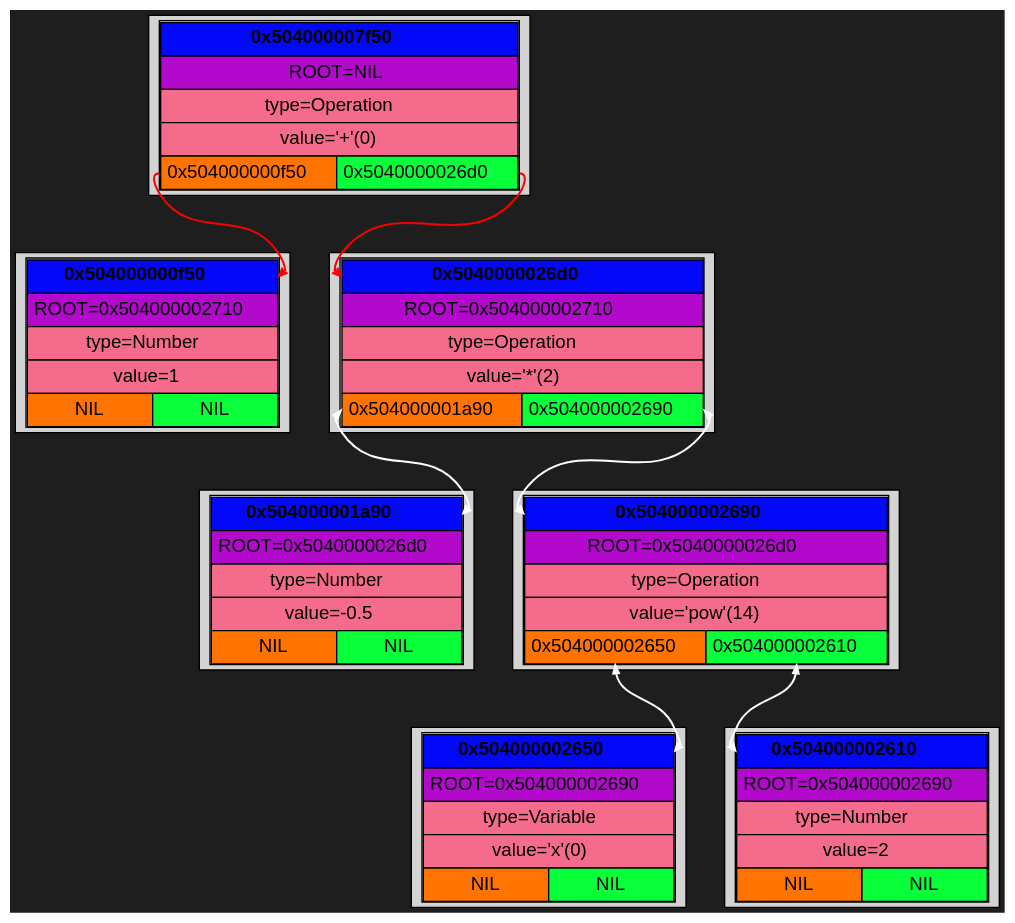
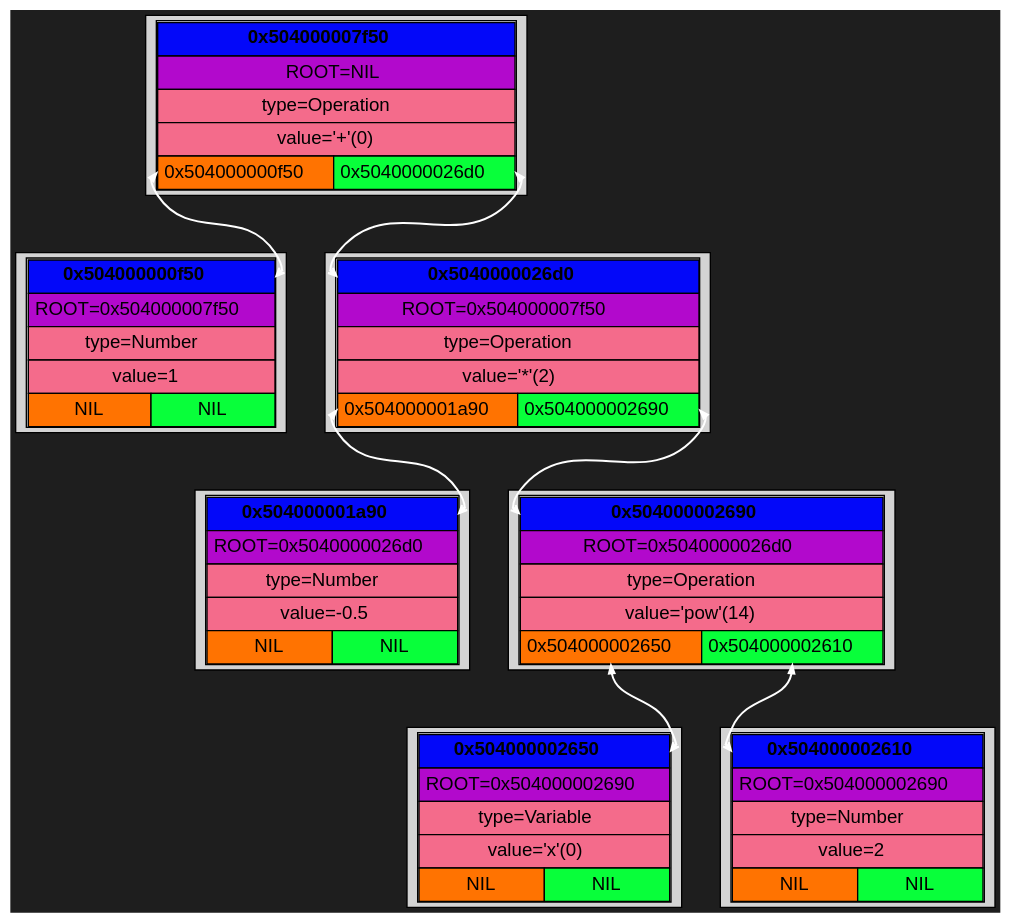
Before and after one commit to Kabuto-Mainer/Diff: the diagram in Dump/BinTree/graph.dot, drawn with Graphviz. The commit also changed 15 other files, not shown here.

```diff
--- a/Dump/BinTree/graph.dot
+++ b/Dump/BinTree/graph.dot
@@ -1,100 +1,100 @@
 digraph {
   rankdir=UD;
   bgcolor="#1e1e1e"
   nodesep=0.4;
   ranksep=0.6;
   node [shape=plaintext, style=filled, fontname="Helvetica"];
   edge [arrowhead=vee, arrowsize=0.6, penwidth=1.2];
 
 block_0x504000000f50 [shape=box, label=<
 <TABLE CELLSPACING="0" CELLPADDING="4">
 <TR><TD PORT="root" BGCOLOR="#0308f9ff" COLSPAN="2"><B>0x504000000f50</B></TD></TR>
-<TR><TD BGCOLOR="#b209ccff" COLSPAN="2">ROOT=0x504000002710</TD></TR>
+<TR><TD BGCOLOR="#b209ccff" COLSPAN="2">ROOT=0x504000007f50</TD></TR>
 <TR><TD BGCOLOR="#f46b8bff" COLSPAN="2">type=Number</TD></TR>
 <TR><TD BGCOLOR="#f46b8bff" COLSPAN="2">value=1</TD></TR>
 <TR>
 <TD PORT="left" BGCOLOR="#ff7301ff">NIL</TD>
 <TD PORT="right" BGCOLOR="#08ff3aff">NIL</TD>
 </TR>
 </TABLE> >];
 
 block_0x504000001a90 [shape=box, label=<
 <TABLE CELLSPACING="0" CELLPADDING="4">
 <TR><TD PORT="root" BGCOLOR="#0308f9ff" COLSPAN="2"><B>0x504000001a90</B></TD></TR>
 <TR><TD BGCOLOR="#b209ccff" COLSPAN="2">ROOT=0x5040000026d0</TD></TR>
 <TR><TD BGCOLOR="#f46b8bff" COLSPAN="2">type=Number</TD></TR>
 <TR><TD BGCOLOR="#f46b8bff" COLSPAN="2">value=-0.5</TD></TR>
 <TR>
 <TD PORT="left" BGCOLOR="#ff7301ff">NIL</TD>
 <TD PORT="right" BGCOLOR="#08ff3aff">NIL</TD>
 </TR>
 </TABLE> >];
 
 block_0x504000002650 [shape=box, label=<
 <TABLE CELLSPACING="0" CELLPADDING="4">
 <TR><TD PORT="root" BGCOLOR="#0308f9ff" COLSPAN="2"><B>0x504000002650</B></TD></TR>
 <TR><TD BGCOLOR="#b209ccff" COLSPAN="2">ROOT=0x504000002690</TD></TR>
 <TR><TD BGCOLOR="#f46b8bff" COLSPAN="2">type=Variable</TD></TR>
 <TR><TD BGCOLOR="#f46b8bff" COLSPAN="2">value='x'(0)</TD></TR>
 <TR>
 <TD PORT="left" BGCOLOR="#ff7301ff">NIL</TD>
 <TD PORT="right" BGCOLOR="#08ff3aff">NIL</TD>
 </TR>
 </TABLE> >];
 
 block_0x504000002610 [shape=box, label=<
 <TABLE CELLSPACING="0" CELLPADDING="4">
 <TR><TD PORT="root" BGCOLOR="#0308f9ff" COLSPAN="2"><B>0x504000002610</B></TD></TR>
 <TR><TD BGCOLOR="#b209ccff" COLSPAN="2">ROOT=0x504000002690</TD></TR>
 <TR><TD BGCOLOR="#f46b8bff" COLSPAN="2">type=Number</TD></TR>
 <TR><TD BGCOLOR="#f46b8bff" COLSPAN="2">value=2</TD></TR>
 <TR>
 <TD PORT="left" BGCOLOR="#ff7301ff">NIL</TD>
 <TD PORT="right" BGCOLOR="#08ff3aff">NIL</TD>
 </TR>
 </TABLE> >];
 
 block_0x504000002690 [shape=box, label=<
 <TABLE CELLSPACING="0" CELLPADDING="4">
 <TR><TD PORT="root" BGCOLOR="#0308f9ff" COLSPAN="2"><B>0x504000002690</B></TD></TR>
 <TR><TD BGCOLOR="#b209ccff" COLSPAN="2">ROOT=0x5040000026d0</TD></TR>
 <TR><TD BGCOLOR="#f46b8bff" COLSPAN="2">type=Operation</TD></TR>
 <TR><TD BGCOLOR="#f46b8bff" COLSPAN="2">value='pow'(14)</TD></TR>
 <TR>
 <TD PORT="left" BGCOLOR="#ff7301ff">0x504000002650</TD>
 <TD PORT="right" BGCOLOR="#08ff3aff">0x504000002610</TD>
 </TR>
 </TABLE> >];
 
 block_0x5040000026d0 [shape=box, label=<
 <TABLE CELLSPACING="0" CELLPADDING="4">
 <TR><TD PORT="root" BGCOLOR="#0308f9ff" COLSPAN="2"><B>0x5040000026d0</B></TD></TR>
-<TR><TD BGCOLOR="#b209ccff" COLSPAN="2">ROOT=0x504000002710</TD></TR>
+<TR><TD BGCOLOR="#b209ccff" COLSPAN="2">ROOT=0x504000007f50</TD></TR>
 <TR><TD BGCOLOR="#f46b8bff" COLSPAN="2">type=Operation</TD></TR>
 <TR><TD BGCOLOR="#f46b8bff" COLSPAN="2">value='*'(2)</TD></TR>
 <TR>
 <TD PORT="left" BGCOLOR="#ff7301ff">0x504000001a90</TD>
 <TD PORT="right" BGCOLOR="#08ff3aff">0x504000002690</TD>
 </TR>
 </TABLE> >];
 
 block_0x504000007f50 [shape=box, label=<
 <TABLE CELLSPACING="0" CELLPADDING="4">
 <TR><TD PORT="root" BGCOLOR="#0308f9ff" COLSPAN="2"><B>0x504000007f50</B></TD></TR>
 <TR><TD BGCOLOR="#b209ccff" COLSPAN="2">ROOT=NIL</TD></TR>
 <TR><TD BGCOLOR="#f46b8bff" COLSPAN="2">type=Operation</TD></TR>
 <TR><TD BGCOLOR="#f46b8bff" COLSPAN="2">value='+'(0)</TD></TR>
 <TR>
 <TD PORT="left" BGCOLOR="#ff7301ff">0x504000000f50</TD>
 <TD PORT="right" BGCOLOR="#08ff3aff">0x5040000026d0</TD>
 </TR>
 </TABLE> >];
 
 block_0x504000002690:right -> block_0x504000002610:root [color="#fefefeff", penwidth = 1.5, arrowsize = 0.6, constraint = true, dir = both];
 block_0x504000002690:left -> block_0x504000002650:root [color="#ffffffff", penwidth = 1.5, arrowsize = 0.6, constraint = true, dir = both];
 block_0x5040000026d0:right -> block_0x504000002690:root [color="#fefefeff", penwidth = 1.5, arrowsize = 0.6, constraint = true, dir = both];
 block_0x5040000026d0:left -> block_0x504000001a90:root [color="#ffffffff", penwidth = 1.5, arrowsize = 0.6, constraint = true, dir = both];
-block_0x504000007f50:right -> block_0x5040000026d0:root [color="#fa0101ff", penwidth = 1.5, arrowsize = 0.6, constraint = true];
-block_0x504000007f50:left -> block_0x504000000f50:root [color="#fa0101ff", penwidth = 1.5, arrowsize = 0.6, constraint = true];
+block_0x504000007f50:right -> block_0x5040000026d0:root [color="#fefefeff", penwidth = 1.5, arrowsize = 0.6, constraint = true, dir = both];
+block_0x504000007f50:left -> block_0x504000000f50:root [color="#ffffffff", penwidth = 1.5, arrowsize = 0.6, constraint = true, dir = both];
 
 }
```
